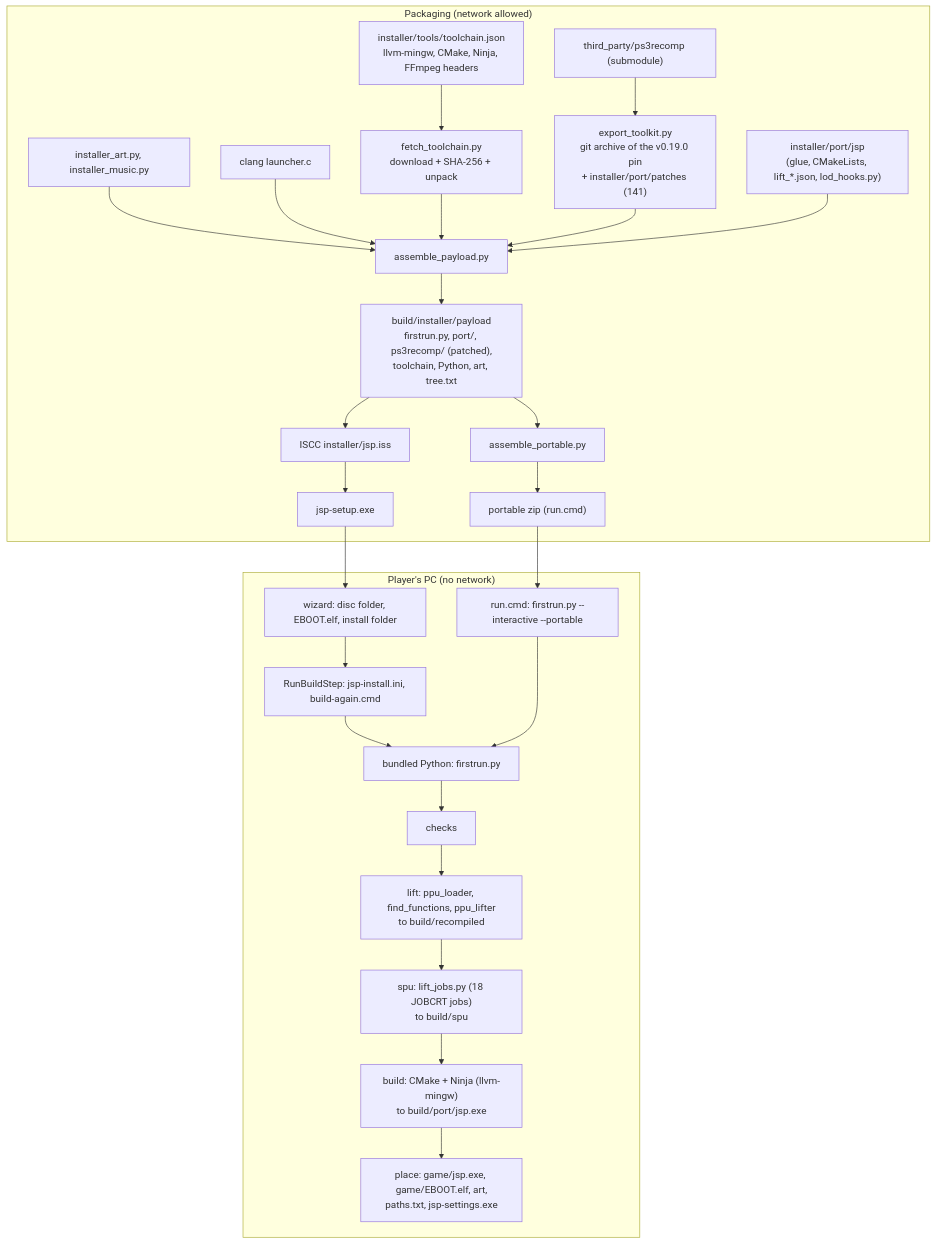
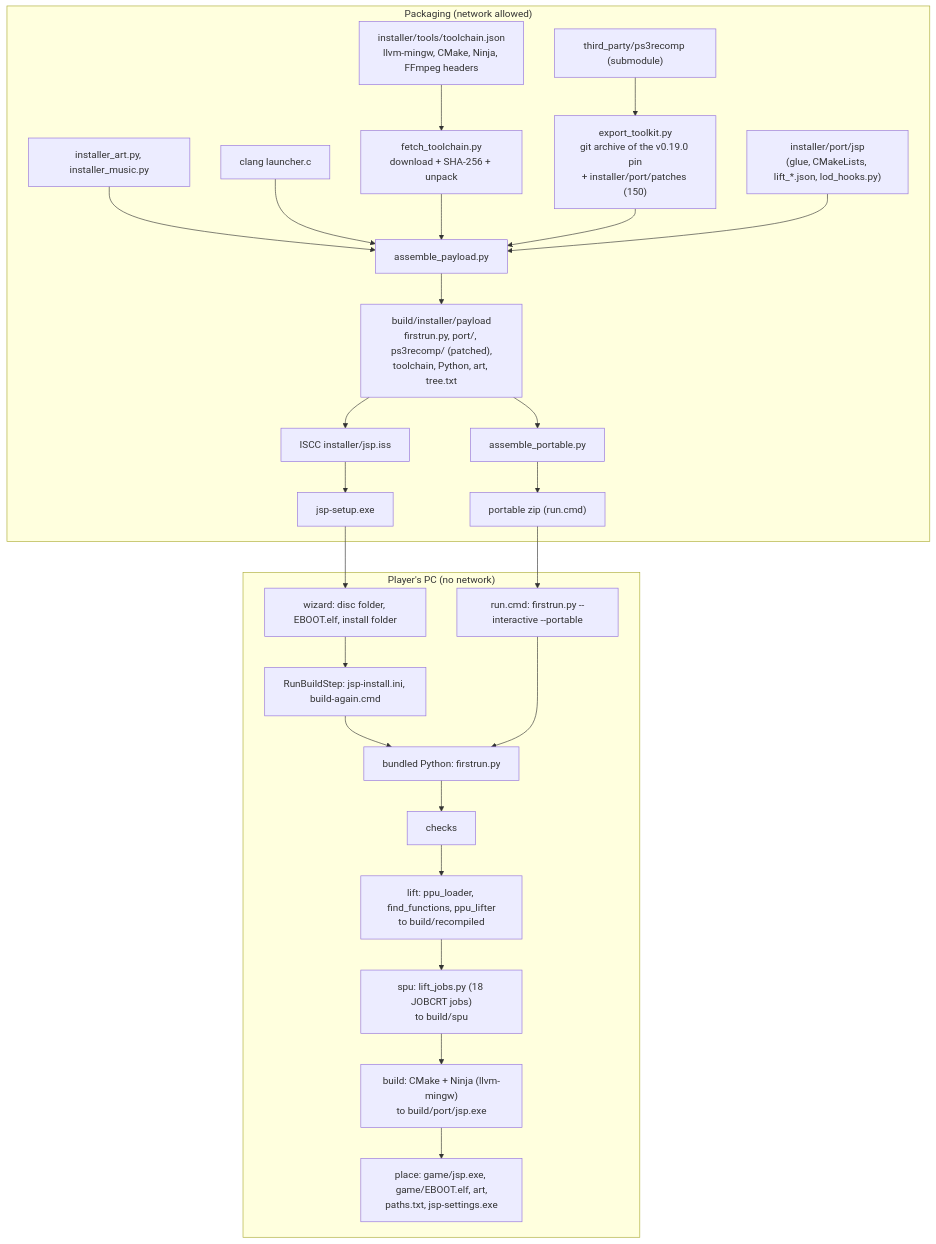
The first of 2 diagrams in docs/code-map/build-and-test.md (Tsamiuy/jsp-vs-ex), drawn with Mermaid before and after one commit. The commit also changed other lines of this file and 5 other files, not shown here.

````diff
--- a/docs/code-map/build-and-test.md
+++ b/docs/code-map/build-and-test.md
@@ -12,26 +12,26 @@
 ```mermaid
 flowchart TD
   subgraph PKG["Packaging (network allowed)"]
     TJ["installer/tools/toolchain.json<br/>llvm-mingw, CMake, Ninja, FFmpeg headers"] --> FT["fetch_toolchain.py<br/>download + SHA-256 + unpack"]
-    SUB["third_party/ps3recomp (submodule)"] --> EX["export_toolkit.py<br/>git archive of the v0.19.0 pin<br/>+ installer/port/patches (141)"]
+    SUB["third_party/ps3recomp (submodule)"] --> EX["export_toolkit.py<br/>git archive of the v0.19.0 pin<br/>+ installer/port/patches (150)"]
     ART["installer_art.py, installer_music.py"] --> AP
     LCC["clang launcher.c"] --> AP
     FT --> AP["assemble_payload.py"]
     EX --> AP
     GLUE["installer/port/jsp<br/>(glue, CMakeLists, lift_*.json, lod_hooks.py)"] --> AP
     AP --> PAY["build/installer/payload<br/>firstrun.py, port/, ps3recomp/ (patched),<br/>toolchain, Python, art, tree.txt"]
     PAY --> ISCC["ISCC installer/jsp.iss"] --> SETUP["jsp-setup.exe"]
     PAY --> PORT["assemble_portable.py"] --> ZIP["portable zip (run.cmd)"]
   end
   subgraph PC["Player's PC (no network)"]
     SETUP --> WIZ["wizard: disc folder, EBOOT.elf, install folder"]
     WIZ --> RBS["RunBuildStep: jsp-install.ini, build-again.cmd"]
     ZIP --> RUNCMD["run.cmd: firstrun.py --interactive --portable"]
     RBS --> FR["bundled Python: firstrun.py"]
     RUNCMD --> FR
     FR --> S0["checks"] --> S1["lift: ppu_loader, find_functions, ppu_lifter<br/>to build/recompiled"]
     S1 --> S2["spu: lift_jobs.py (18 JOBCRT jobs)<br/>to build/spu"]
     S2 --> S3["build: CMake + Ninja (llvm-mingw)<br/>to build/port/jsp.exe"]
     S3 --> S4["place: game/jsp.exe, game/EBOOT.elf, art,<br/>paths.txt, jsp-settings.exe"]
   end
 ```
````
